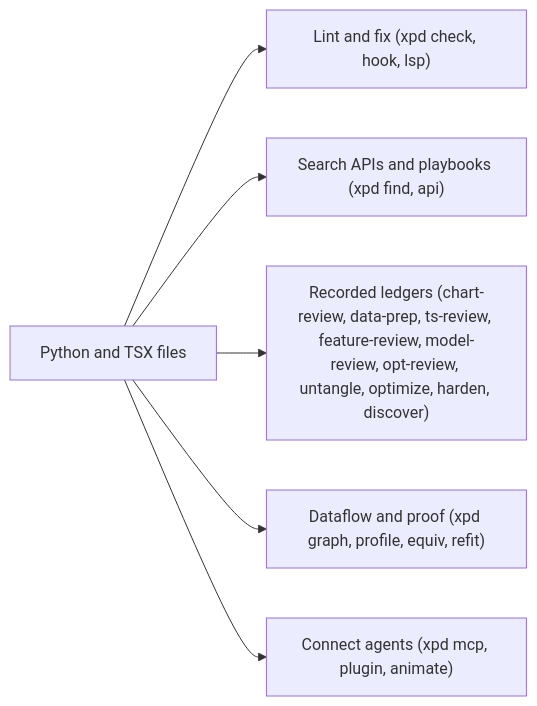
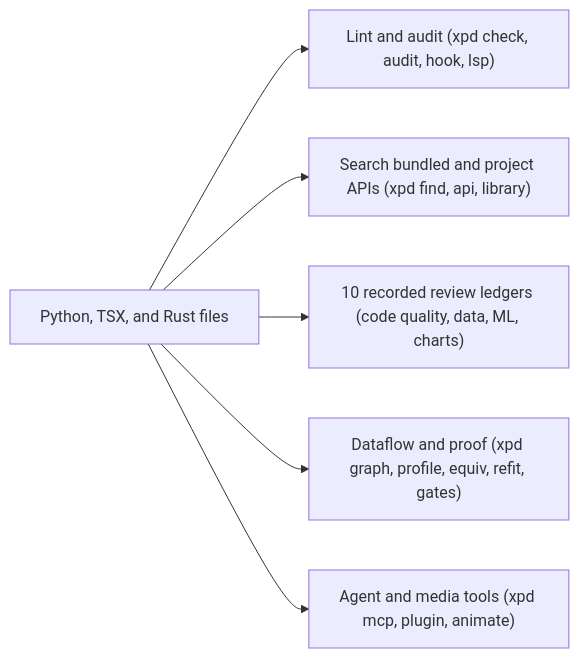
The diagram in README.md (bjoernaagaard/xpd), drawn with Mermaid before and after one commit. The commit also changed other lines of this file and 29 other files, not shown here.

First line of the commit message:
Rewrite xpd 1.0 documentation, reorganize website, and diet bundled skills

````diff
--- a/README.md
+++ b/README.md
@@ -7,8 +7,8 @@
 ```mermaid
 flowchart LR
-    Code["Python and TSX files"] --> Check["Lint and fix (xpd check, hook, lsp)"]
-    Code --> Search["Search APIs and playbooks (xpd find, api)"]
-    Code --> Ledgers["Recorded ledgers (chart-review, data-prep, ts-review, feature-review, model-review, opt-review, untangle, optimize, harden, discover)"]
-    Code --> Verify["Dataflow and proof (xpd graph, profile, equiv, refit)"]
-    Code --> Agent["Connect agents (xpd mcp, plugin, animate)"]
+    Code["Python, TSX, and Rust files"] --> Lint["Lint and audit (xpd check, audit, hook, lsp)"]
+    Code --> Search["Search bundled and project APIs (xpd find, api, library)"]
+    Code --> Ledgers["10 recorded review ledgers (code quality, data, ML, charts)"]
+    Code --> Proof["Dataflow and proof (xpd graph, profile, equiv, refit, gates)"]
+    Code --> Agent["Agent and media tools (xpd mcp, plugin, animate)"]
 ```
````
